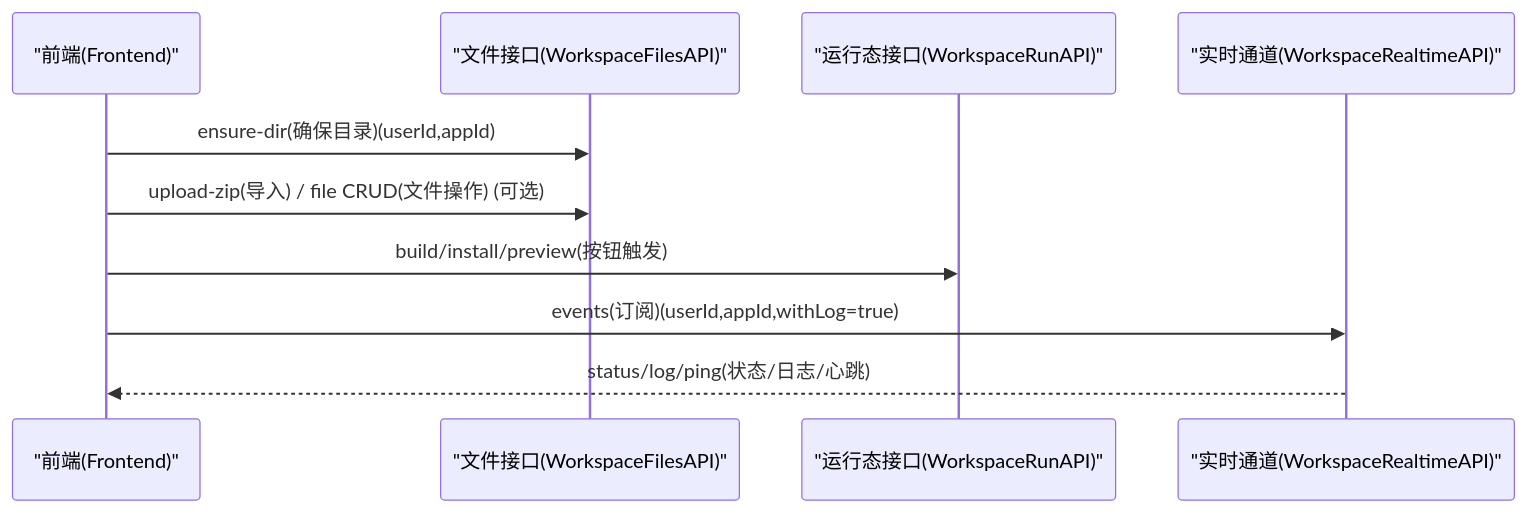
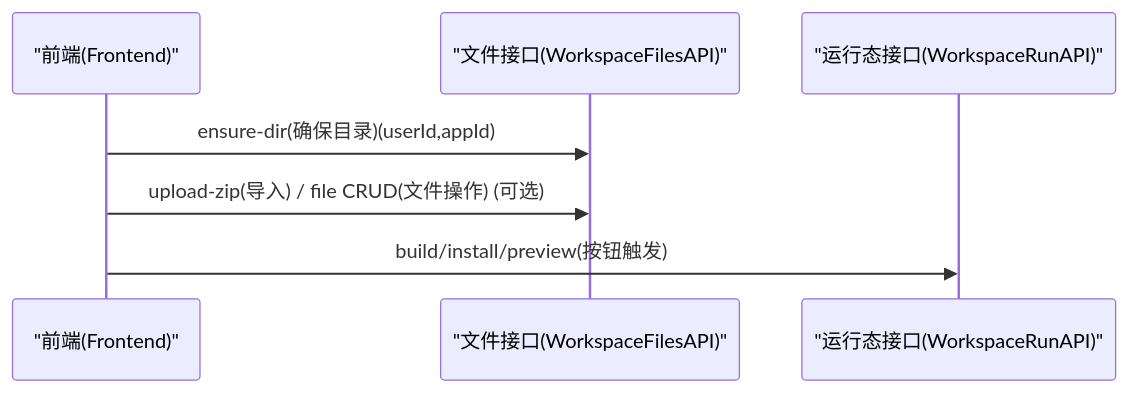
One commit to ruiAndroid/fun-ai-studio-api changed the diagram in src/main/resources/doc/domains/workspace/README.md. Above: the diagram before and after it, drawn with Mermaid. The commit also changed other lines of this file and 6 other files, not shown here.

````diff
--- a/src/main/resources/doc/domains/workspace/README.md
+++ b/src/main/resources/doc/domains/workspace/README.md
@@ -49,13 +47,10 @@
 ```mermaid
 sequenceDiagram
 participant FE as "前端(Frontend)"
 participant WSFiles as "文件接口(WorkspaceFilesAPI)"
 participant WSRun as "运行态接口(WorkspaceRunAPI)"
-participant SSE as "实时通道(WorkspaceRealtimeAPI)"
 
 FE->>WSFiles: ensure-dir(确保目录)(userId,appId)
 FE->>WSFiles: upload-zip(导入) / file CRUD(文件操作) (可选)
 FE->>WSRun: build/install/preview(按钮触发)
-FE->>SSE: events(订阅)(userId,appId,withLog=true)
-SSE-->>FE: status/log/ping(状态/日志/心跳)
 ```
````
